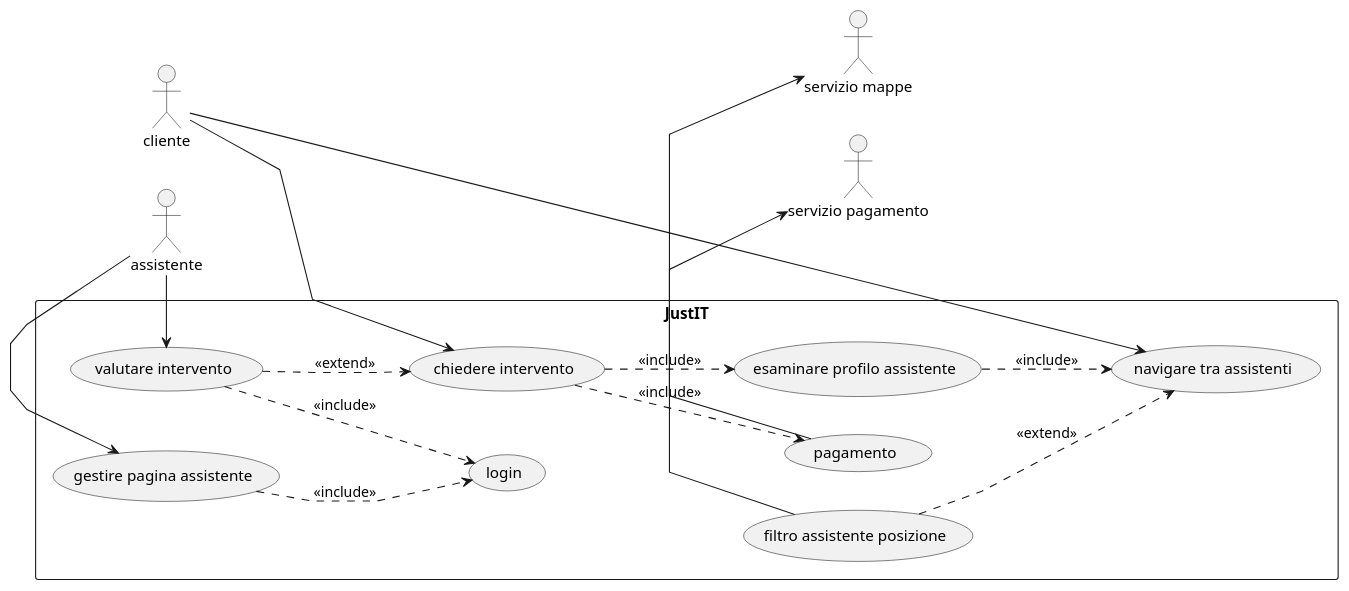
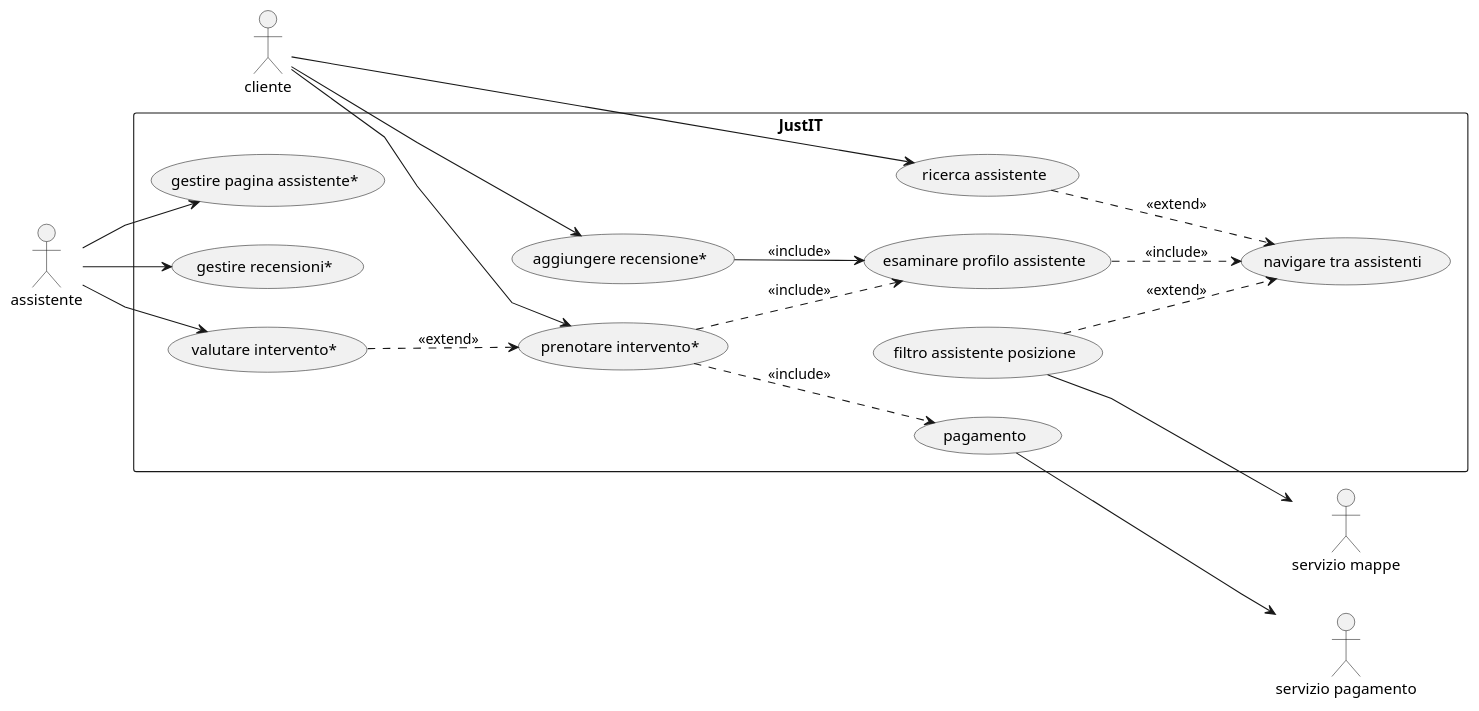
Before and after one commit to GiuEliNo/JustIT: the diagram in doc/use_case/uses_cases_plantuml.md, drawn with PlantUML.

Commit message:
added some new use case

````diff
--- a/doc/use_case/uses_cases_plantuml.md
+++ b/doc/use_case/uses_cases_plantuml.md
@@ -1,41 +1,37 @@
 ```plantuml
 @startuml
 left to right direction
 skinparam packageStyle rectangle
 skinparam linetype polyline
 
-together {
+
 actor "cliente" as c
 actor "assistente" as a
-}
 
-together {
+
 actor "servizio mappe" as sm
 actor "servizio pagamento" as sp
-}
 
-rectangle "JustIT" {
+package JustIT {
 
-  c -> (navigare tra assistenti)
-  c -> (chiedere intervento)
+  c -> (prenotare intervento*)
+  c -d-> (aggiungere recensione*)
+  c -d-> (ricerca assistente)
 
-
-
+  (ricerca assistente) ..> (navigare tra assistenti) : <<extend>>
   (esaminare profilo assistente) ..> (navigare tra assistenti) : <<include>>
-  (chiedere intervento) ..> (esaminare profilo assistente) : <<include>>
-  (chiedere intervento) ..> (pagamento) : <<include>>
+  (prenotare intervento*) ..> (esaminare profilo assistente) : <<include>>
+  (prenotare intervento*) ..> (pagamento) : <<include>>
   (filtro assistente posizione) ..> (navigare tra assistenti) : <<extend>>
 
-  a -> (valutare intervento)
-  (valutare intervento) ..> (chiedere intervento) : <<extend>>
-  a -> (gestire pagina assistente)
-  (gestire pagina assistente) ..> (login) : <<include>>
-  (valutare intervento) ..> (login) : <<include>>
-
-  (filtro assistente posizione) -> sm
-  (pagamento) -> sp
+  a -d-> (valutare intervento*)
+  (valutare intervento*) ..> (prenotare intervento*) : <<extend>>
+  a -r-> (gestire pagina assistente*)
+  (filtro assistente posizione) -d-> sm
+  (pagamento) -d-> sp
+  (aggiungere recensione*) --> (esaminare profilo assistente) : <<include>>
+  a -> (gestire recensioni*)
 
 }
-
 @enduml
 ```
````
